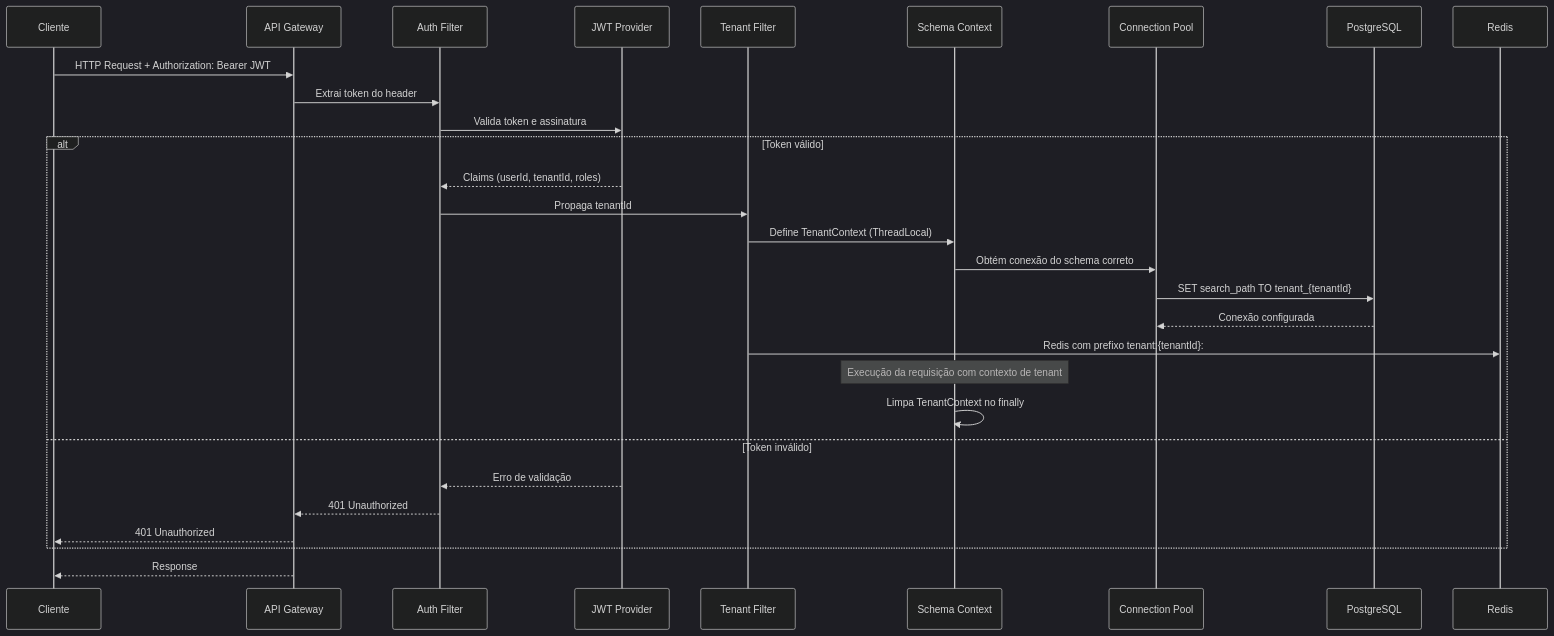
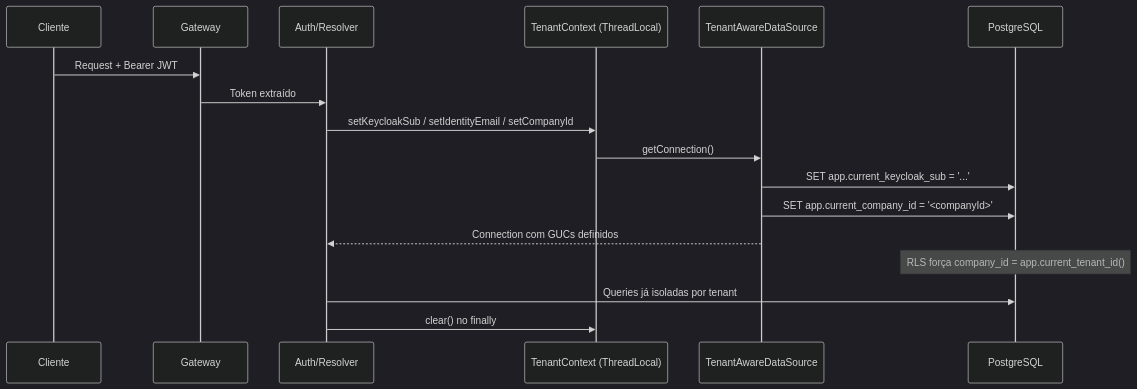
One commit to GhilhermeAlves/crm changed the diagram in docs/MULTI_TENANCY.md. Above: the diagram before and after it, drawn with Mermaid (dark theme). The commit also changed other lines of this file and 51 other files, not shown here.

Commit message:
feat(8.6): SaaS hardening — plan quota enforcement (users/contacts/storage), usage endpoint, tenant audit, RLS review + RLS-accurate docs (210 backend, 68 frontend)

````diff
--- a/docs/MULTI_TENANCY.md
+++ b/docs/MULTI_TENANCY.md
@@ -27,37 +41,22 @@
 ```mermaid
 sequenceDiagram
     participant C as Cliente
-    participant GW as API Gateway
-    participant AUTH as Auth Filter
-    participant JWT as JWT Provider
-    participant TF as Tenant Filter
-    participant SC as Schema Context
-    participant CP as Connection Pool
+    participant GW as Gateway
+    participant AUTH as Auth/Resolver
+    participant TC as TenantContext (ThreadLocal)
+    participant DS as TenantAwareDataSource
     participant DB as PostgreSQL
-    participant RD as Redis
 
-    C->>GW: HTTP Request + Authorization: Bearer JWT
-    GW->>AUTH: Extrai token do header
-    AUTH->>JWT: Valida token e assinatura
+    C->>GW: Request + Bearer JWT
+    GW->>AUTH: Token extraído
+    AUTH->>TC: setKeycloakSub / setIdentityEmail / setCompanyId
+    TC->>DS: getConnection()
+    DS->>DB: SET app.current_keycloak_sub = '...'
+    DS->>DB: SET app.current_company_id = '<companyId>'
+    DS-->>AUTH: Connection com GUCs definidos
 
-    alt Token válido
-        JWT-->>AUTH: Claims (userId, tenantId, roles)
-        AUTH->>TF: Propaga tenantId
-        TF->>SC: Define TenantContext (ThreadLocal)
-        SC->>CP: Obtém conexão do schema correto
-        CP->>DB: SET search_path TO tenant_{tenantId}
-        DB-->>CP: Conexão configurada
+    Note over DB: RLS força company_id = app.current_tenant_id()
 
-        TF->>RD: Redis com prefixo tenant:{tenantId}:
-
-        Note over SC: Execução da requisição com contexto de tenant
-
-        SC->>SC: Limpa TenantContext no finally
-    else Token inválido
-        JWT-->>AUTH: Erro de validação
-        AUTH-->>GW: 401 Unauthorized
-        GW-->>C: 401 Unauthorized
-    end
-
-    GW-->>C: Response
+    AUTH->>DB: Queries já isoladas por tenant
+    AUTH->>TC: clear() no finally
 ```
````
